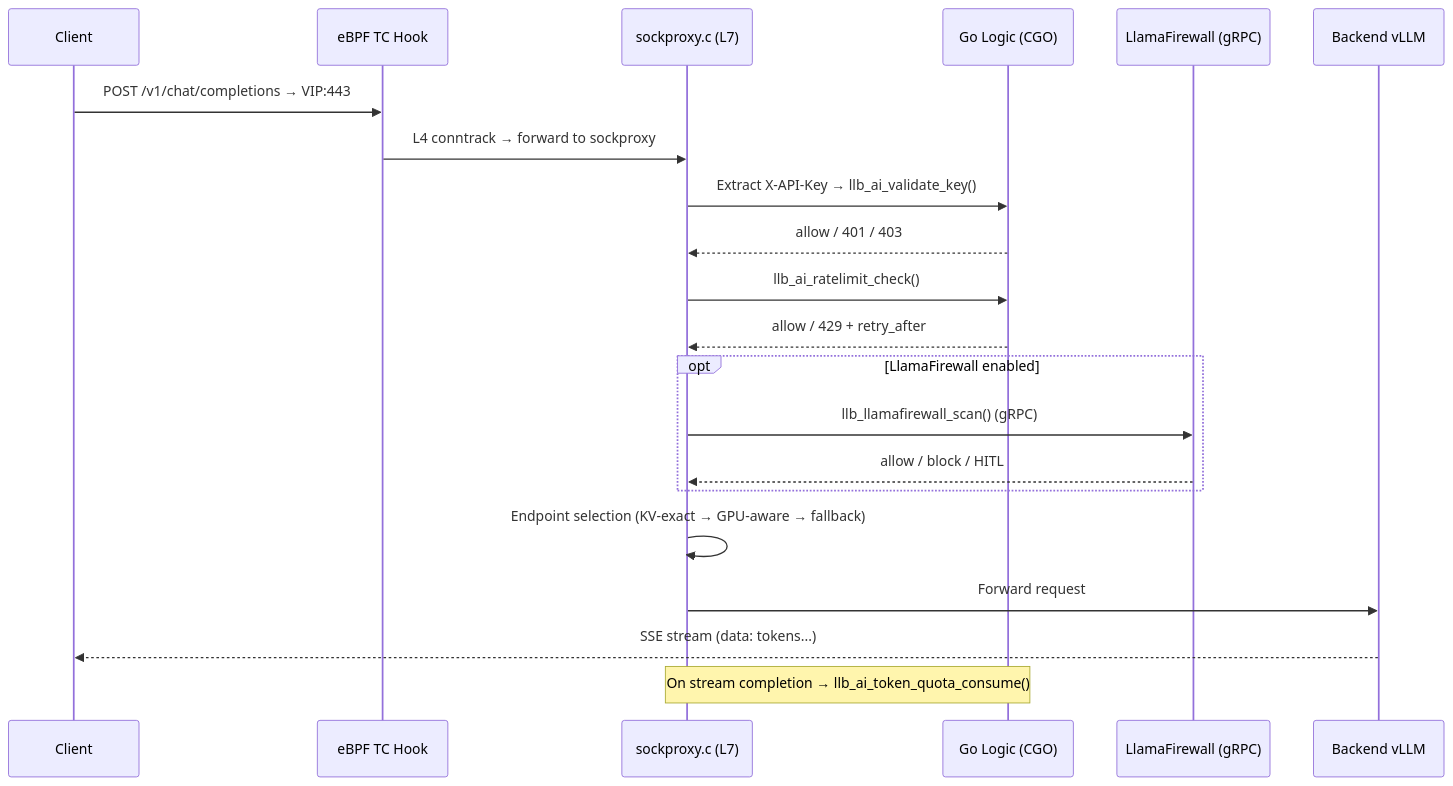
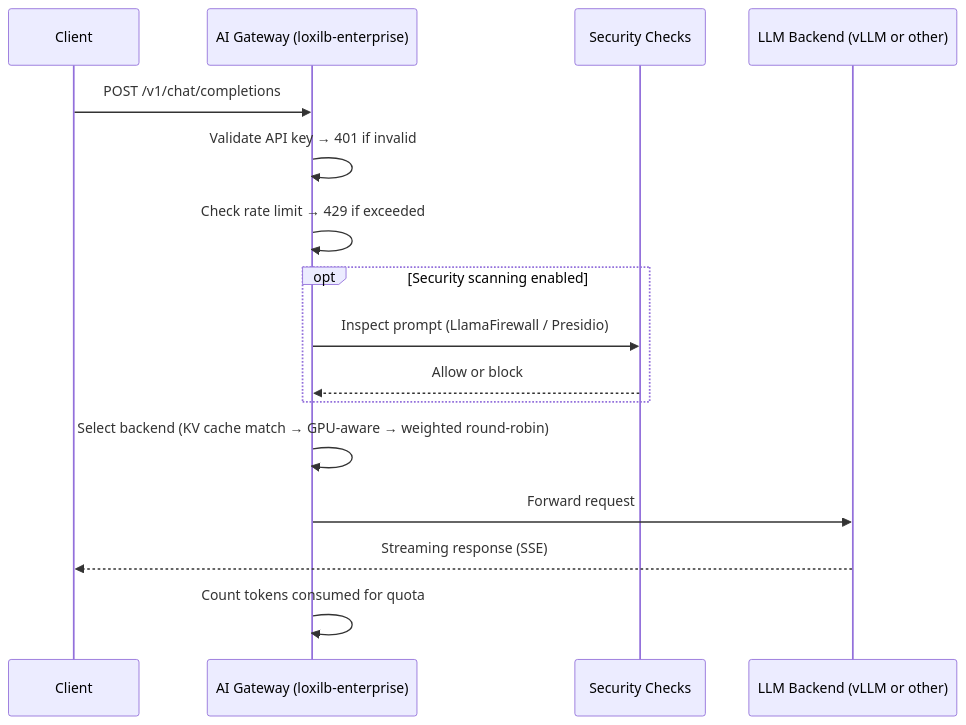
One commit to NLX-SeokHwanKong/loxilbdocs changed the diagram in docs/ai-gateway/overview.md. Above: the diagram before and after it, drawn with Mermaid. The commit also changed other lines of this file and 16 other files, not shown here.

First line of the commit message:
docs: add AI Gateway docs, MCP gateway page, and enterprise improvements

````diff
--- a/docs/ai-gateway/overview.md
+++ b/docs/ai-gateway/overview.md
@@ -48,24 +53,19 @@
 ```mermaid
 sequenceDiagram
     participant Client
-    participant eBPF as eBPF TC Hook
-    participant Sock as sockproxy.c (L7)
-    participant Go as Go Logic (CGO)
-    participant LF as LlamaFirewall (gRPC)
-    participant vLLM as Backend vLLM
+    participant GW as AI Gateway (loxilb-enterprise)
+    participant Sec as Security Checks
+    participant LLM as LLM Backend (vLLM or other)
 
-    Client->>eBPF: POST /v1/chat/completions → VIP:443
-    eBPF->>Sock: L4 conntrack → forward to sockproxy
-    Sock->>Go: Extract X-API-Key → llb_ai_validate_key()
-    Go-->>Sock: allow / 401 / 403
-    Sock->>Go: llb_ai_ratelimit_check()
-    Go-->>Sock: allow / 429 + retry_after
-    opt LlamaFirewall enabled
-        Sock->>LF: llb_llamafirewall_scan() (gRPC)
-        LF-->>Sock: allow / block / HITL
+    Client->>GW: POST /v1/chat/completions
+    GW->>GW: Validate API key → 401 if invalid
+    GW->>GW: Check rate limit → 429 if exceeded
+    opt Security scanning enabled
+        GW->>Sec: Inspect prompt (LlamaFirewall / Presidio)
+        Sec-->>GW: Allow or block
     end
-    Sock->>Sock: Endpoint selection (KV-exact → GPU-aware → fallback)
-    Sock->>vLLM: Forward request
-    vLLM-->>Client: SSE stream (data: tokens...)
-    Note over Sock,Go: On stream completion → llb_ai_token_quota_consume()
+    GW->>GW: Select backend (KV cache match → GPU-aware → weighted round-robin)
+    GW->>LLM: Forward request
+    LLM-->>Client: Streaming response (SSE)
+    GW->>GW: Count tokens consumed for quota
 ```
````
